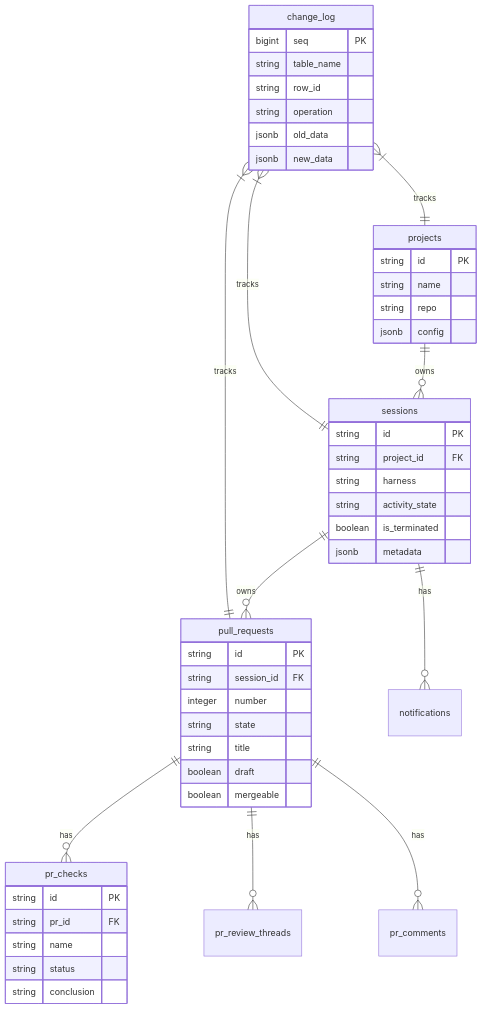
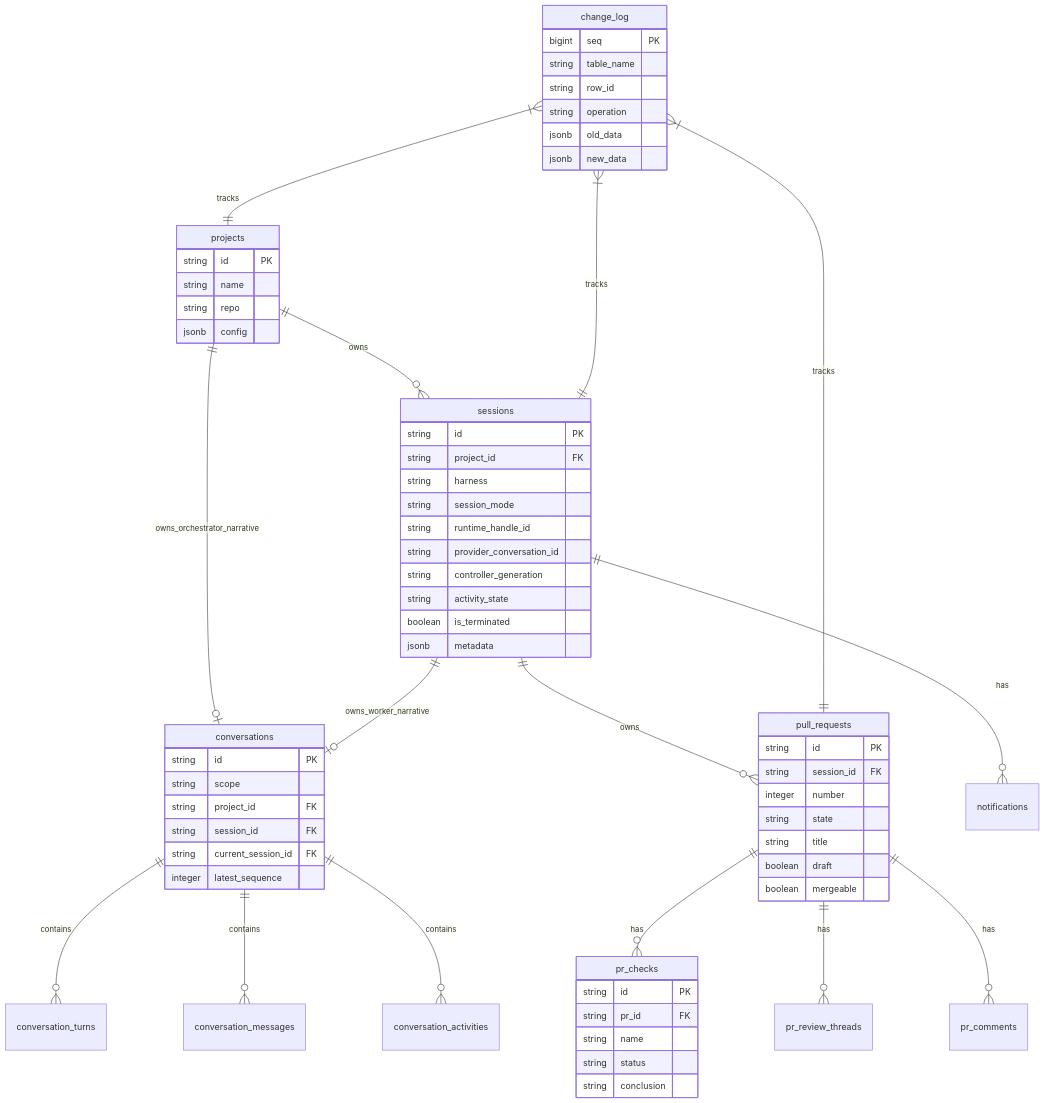
One commit to AgentWrapper/agent-orchestrator changed the tenth of 23 diagrams in docs/architecture.md. Above: the diagram before and after it, drawn with Mermaid. The commit also changed other lines of this file and 17 other files, not shown here.

````diff
--- a/docs/architecture.md
+++ b/docs/architecture.md
@@ -345,55 +368,73 @@
 ```mermaid
 erDiagram
     projects ||--o{ sessions : owns
+    projects ||--o| conversations : owns_orchestrator_narrative
+    sessions ||--o| conversations : owns_worker_narrative
+    conversations ||--o{ conversation_turns : contains
+    conversations ||--o{ conversation_messages : contains
+    conversations ||--o{ conversation_activities : contains
     sessions ||--o{ pull_requests : owns
     pull_requests ||--o{ pr_checks : has
     pull_requests ||--o{ pr_review_threads : has
     pull_requests ||--o{ pr_comments : has
     sessions ||--o{ notifications : has
     change_log }|--|| projects : tracks
     change_log }|--|| sessions : tracks
     change_log }|--|| pull_requests : tracks
 
     projects {
         string id PK
         string name
         string repo
         jsonb config
     }
 
     sessions {
         string id PK
         string project_id FK
         string harness
+        string session_mode
+        string runtime_handle_id
+        string provider_conversation_id
+        string controller_generation
         string activity_state
         boolean is_terminated
         jsonb metadata
+    }
+
+    conversations {
+        string id PK
+        string scope
+        string project_id FK
+        string session_id FK
+        string current_session_id FK
+        integer latest_sequence
     }
 
     pull_requests {
         string id PK
         string session_id FK
         integer number
         string state
         string title
         boolean draft
         boolean mergeable
     }
 
     pr_checks {
         string id PK
         string pr_id FK
         string name
         string status
         string conclusion
     }
 
     change_log {
         bigint seq PK
         string table_name
         string row_id
         string operation
         jsonb old_data
         jsonb new_data
     }
 ```
````
